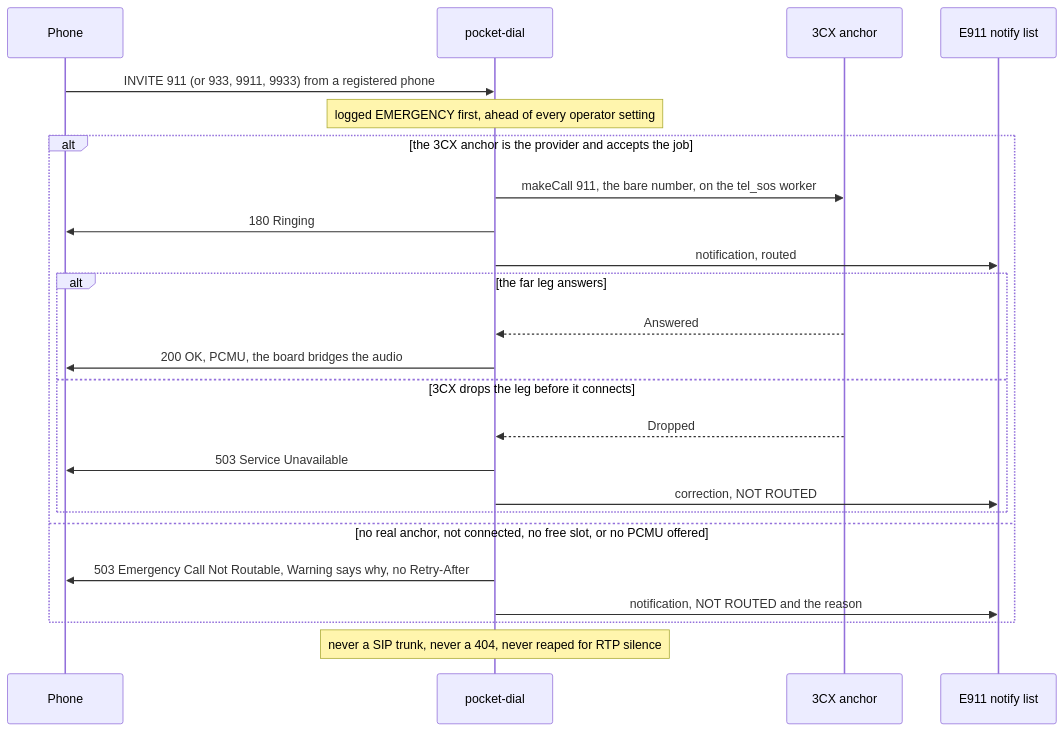
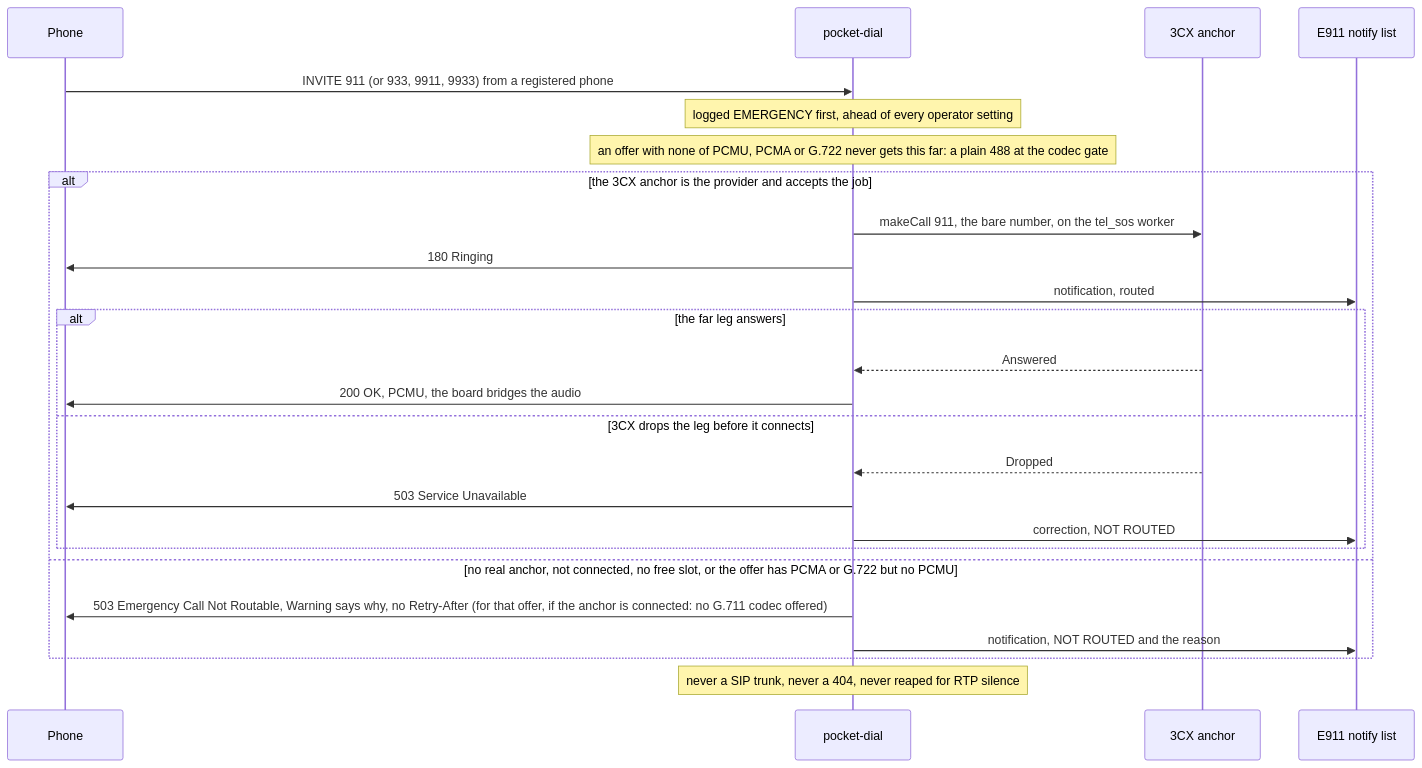
Before and after one commit to GlomarGadaffi/pocket-dial: the fifth of 7 diagrams in README.md, drawn with Mermaid. The commit also changed 6 other files, not shown here.

First line of the commit message:
docs: restyle the landing-page diagrams for readability (#1109)

````diff
--- a/README.md
+++ b/README.md
@@ -115,26 +115,27 @@
 ```mermaid
 sequenceDiagram
     participant H as Phone
     participant P as pocket-dial
     participant X as 3CX anchor
     participant N as E911 notify list
     H->>P: INVITE 911 (or 933, 9911, 9933) from a registered phone
     Note over P: logged EMERGENCY first, ahead of every operator setting
+    Note over P: an offer with none of PCMU, PCMA or G.722 never gets this far: a plain 488 at the codec gate
     alt the 3CX anchor is the provider and accepts the job
         P->>X: makeCall 911, the bare number, on the tel_sos worker
         P->>H: 180 Ringing
         P->>N: notification, routed
         alt the far leg answers
             X-->>P: Answered
             P->>H: 200 OK, PCMU, the board bridges the audio
         else 3CX drops the leg before it connects
             X-->>P: Dropped
             P->>H: 503 Service Unavailable
             P->>N: correction, NOT ROUTED
         end
-    else no real anchor, not connected, no free slot, or no PCMU offered
-        P->>H: 503 Emergency Call Not Routable, Warning says why, no Retry-After
+    else no real anchor, not connected, no free slot, or the offer has PCMA or G.722 but no PCMU
+        P->>H: 503 Emergency Call Not Routable, Warning says why, no Retry-After (for that offer, if the anchor is connected: no G.711 codec offered)
         P->>N: notification, NOT ROUTED and the reason
     end
     Note over P: never a SIP trunk, never a 404, never reaped for RTP silence
 ```
````
